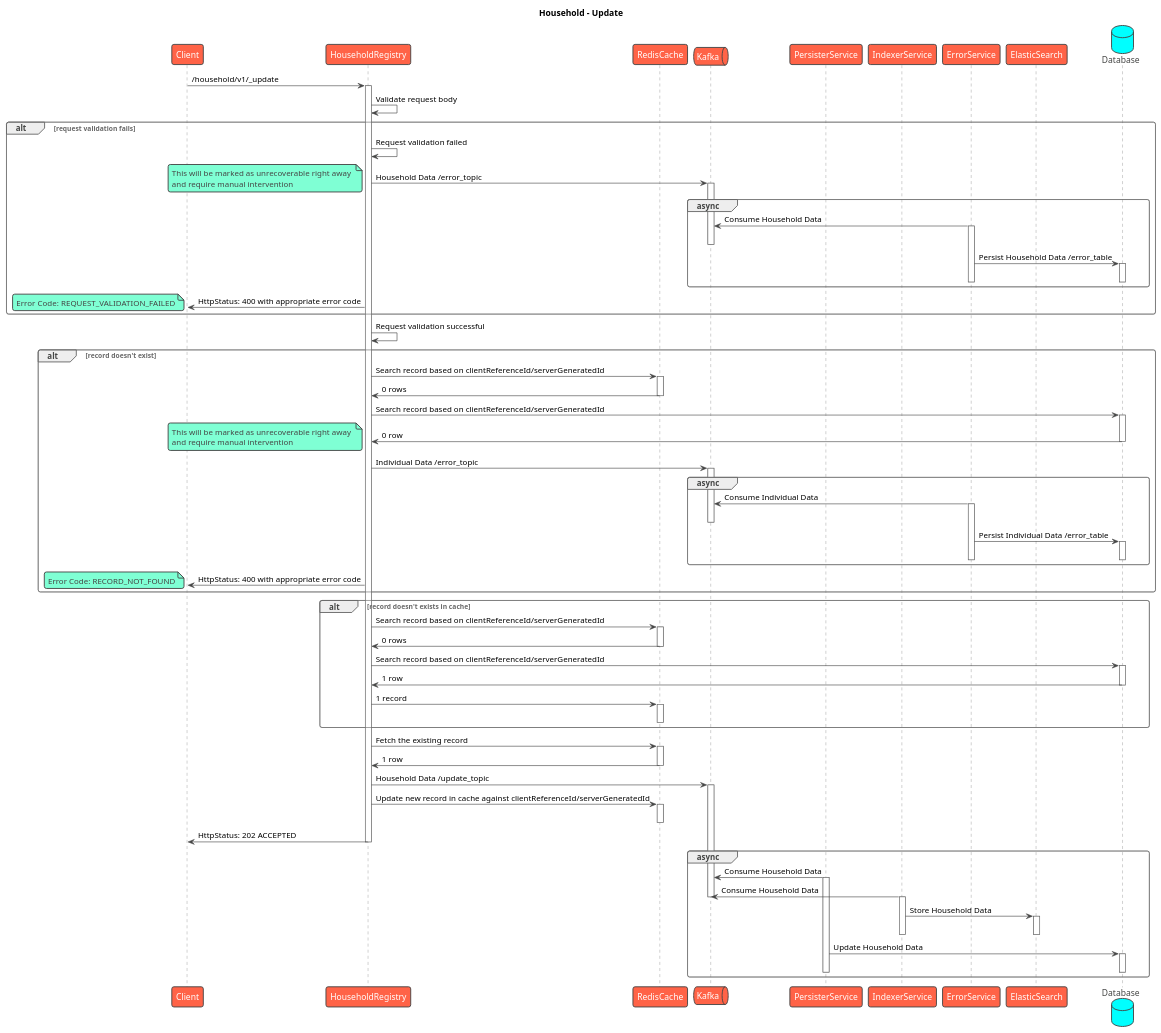
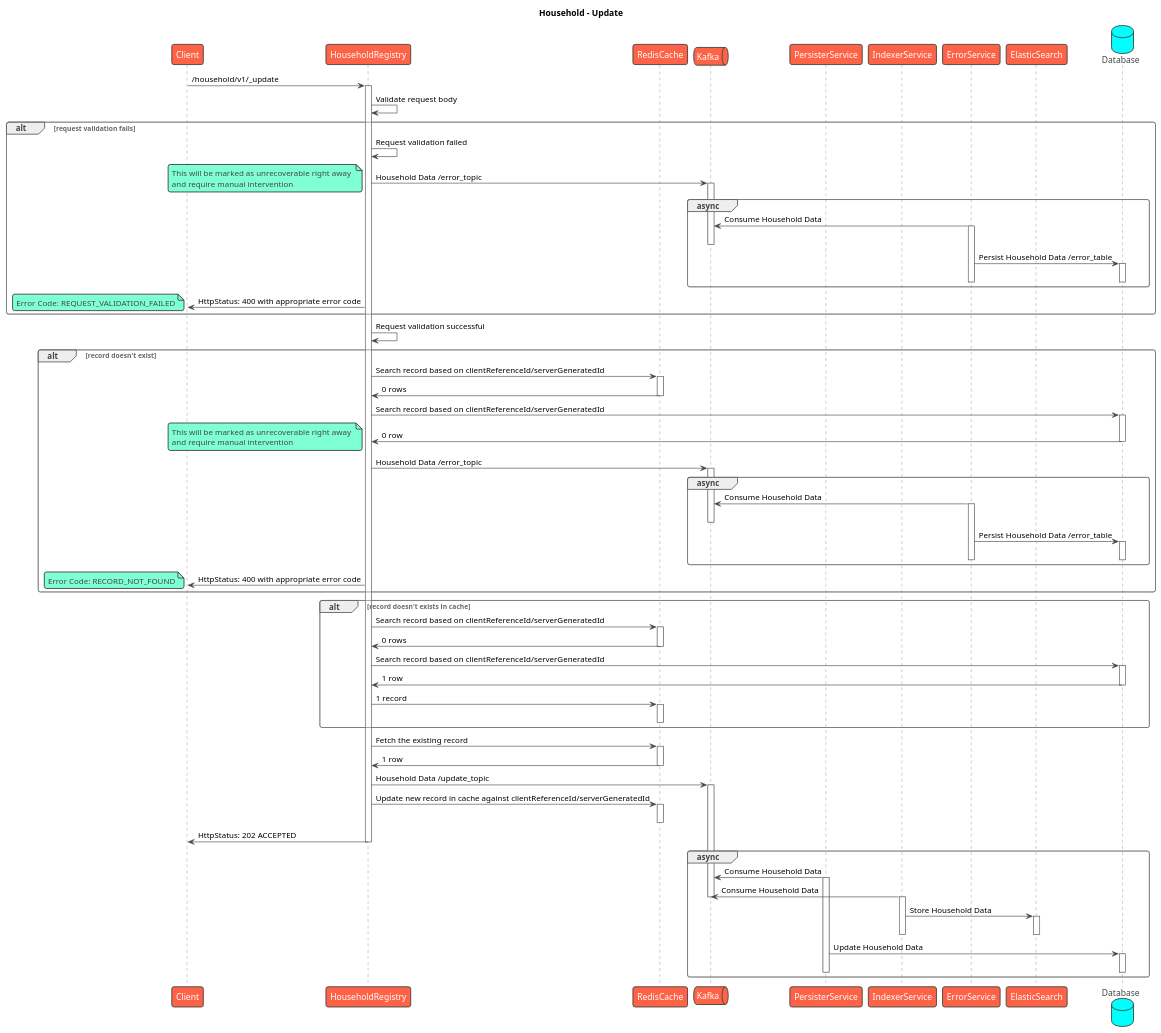
Before and after one commit to egovernments/health-api-specs: the diagram in contracts/registries/household/sequence/update.puml, drawn with PlantUML. The commit also changed 2 other files, not shown here.

Commit message:
Remove handling of members in /household calls. Use /household/member for this.

```diff
--- a/contracts/registries/household/sequence/update.puml
+++ b/contracts/registries/household/sequence/update.puml
@@ -1,107 +1,107 @@
 @startuml
 title Household - Update
 !theme vibrant
 participant Client as c
 participant HouseholdRegistry as s
 participant RedisCache as rc
 queue Kafka as k
 participant PersisterService as prs
 participant IndexerService as idx
 participant ErrorService as es
 participant ElasticSearch as el
 database Database as db
 c -> s : /household/v1/_update
 activate s
 s -> s: Validate request body
 alt request validation fails
     s -> s: Request validation failed
     s -> k: Household Data /error_topic
     note left
         This will be marked as unrecoverable right away 
         and require manual intervention
     end note
     activate k
     group async
         es -> k: Consume Household Data
         activate es
         deactivate k
         es -> db: Persist Household Data /error_table
         activate db
         deactivate db
         deactivate es
     end
     s -> c: HttpStatus: 400 with appropriate error code
     note left
         Error Code: REQUEST_VALIDATION_FAILED
     end note
 end
 s -> s: Request validation successful
 alt record doesn't exist
     s -> rc: Search record based on clientReferenceId/serverGeneratedId
     activate rc
     rc -> s: 0 rows
     deactivate rc
     s -> db: Search record based on clientReferenceId/serverGeneratedId
     activate db
     db -> s: 0 row
     deactivate db
     note left
         This will be marked as unrecoverable right away 
         and require manual intervention
     end note
-    s -> k: Individual Data /error_topic
+    s -> k: Household Data /error_topic
     activate k
     group async
-        es -> k: Consume Individual Data
+        es -> k: Consume Household Data
         activate es
         deactivate k
-        es -> db: Persist Individual Data /error_table
+        es -> db: Persist Household Data /error_table
         activate db
         deactivate db
         deactivate es
     end
     s -> c: HttpStatus: 400 with appropriate error code
     note left
       Error Code: RECORD_NOT_FOUND
     end note
 end
 alt record doesn't exists in cache
     s -> rc: Search record based on clientReferenceId/serverGeneratedId
     activate rc
     rc -> s: 0 rows
     deactivate rc
     s -> db: Search record based on clientReferenceId/serverGeneratedId
     activate db
     db -> s: 1 row
     deactivate db
     s -> rc: 1 record
     activate rc
     deactivate rc
 end
 s -> rc: Fetch the existing record
 activate rc
 rc -> s: 1 row
 deactivate rc
 s -> k: Household Data /update_topic
 activate k
 s -> rc: Update new record in cache against clientReferenceId/serverGeneratedId
 activate rc
 deactivate rc
 s -> c: HttpStatus: 202 ACCEPTED
 deactivate s
 group async
     prs -> k: Consume Household Data
     activate prs
     idx -> k: Consume Household Data
     deactivate k
     activate idx
     idx -> el: Store Household Data
     activate el
     deactivate el
     deactivate idx
     prs -> db: Update Household Data
     activate db
     deactivate db
     deactivate prs
 end
 @enduml
```
